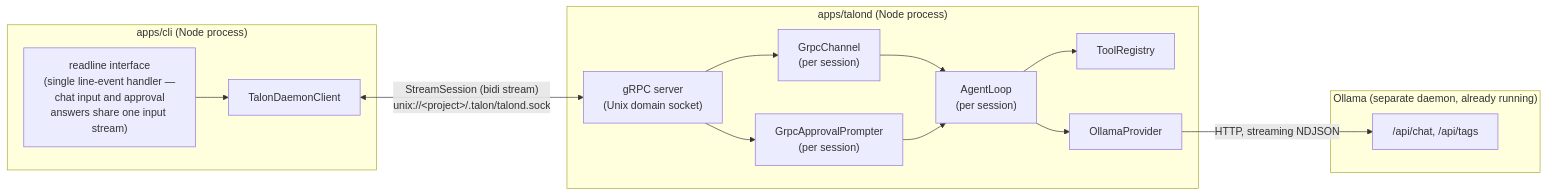
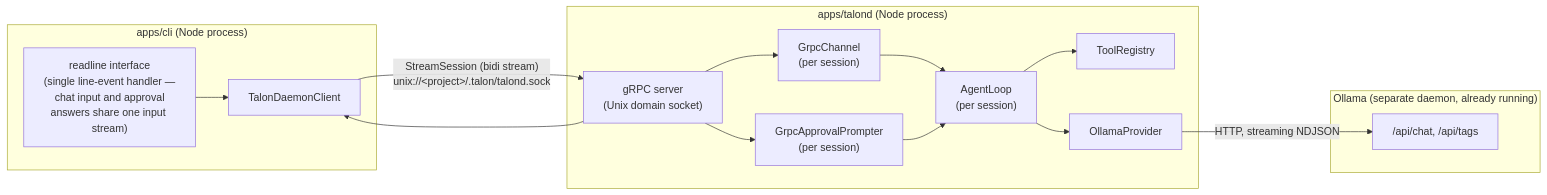
One commit to vishnuvardhansankoti/talon-ts changed the first of 3 diagrams in docs/architecture/phase-1.md. Above: the diagram before and after it, drawn with Mermaid. The commit also changed other lines of this file and 75 other files, not shown here.

````diff
--- a/docs/architecture/phase-1.md
+++ b/docs/architecture/phase-1.md
@@ -9,30 +9,31 @@
 ```mermaid
 graph LR
     subgraph CLI["apps/cli (Node process)"]
         READLINE["readline interface<br/>(single line-event handler —<br/>chat input and approval<br/>answers share one input stream)"]
         GRPCCLIENT["TalonDaemonClient"]
     end
 
     subgraph TALOND["apps/talond (Node process)"]
         GRPCSERVER["gRPC server<br/>(Unix domain socket)"]
         CHANNEL["GrpcChannel<br/>(per session)"]
         APPROVAL["GrpcApprovalPrompter<br/>(per session)"]
         LOOP["AgentLoop<br/>(per session)"]
         REGISTRY["ToolRegistry"]
         PROVIDER["OllamaProvider"]
     end
 
     subgraph OLLAMA["Ollama (separate daemon, already running)"]
         API["/api/chat, /api/tags"]
     end
 
     READLINE --> GRPCCLIENT
-    GRPCCLIENT <-->|"StreamSession (bidi stream)<br/>unix://&lt;project&gt;/.talon/talond.sock"| GRPCSERVER
+    GRPCCLIENT -->|"StreamSession (bidi stream)<br/>unix://&lt;project&gt;/.talon/talond.sock"| GRPCSERVER
+    GRPCSERVER --> GRPCCLIENT
     GRPCSERVER --> CHANNEL
     GRPCSERVER --> APPROVAL
     CHANNEL --> LOOP
     APPROVAL --> LOOP
     LOOP --> REGISTRY
     LOOP --> PROVIDER
     PROVIDER -->|"HTTP, streaming NDJSON"| API
 ```
````
